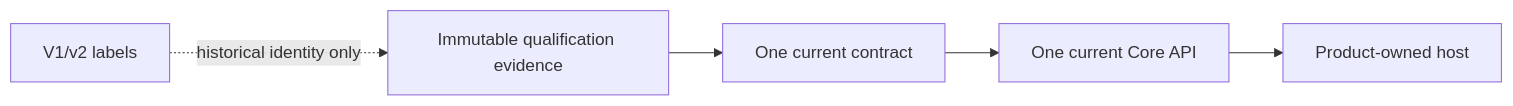
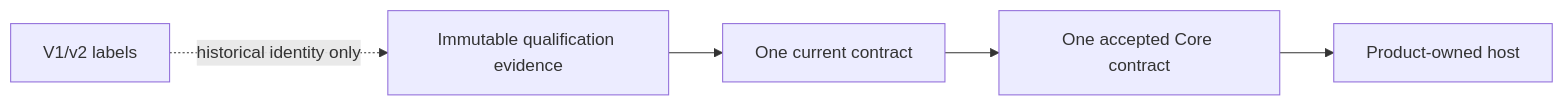
Before and after one commit to agent-teams-ai/get-modular: the diagram in docs/architecture/current-contract.md, drawn with Mermaid. The commit also changed other lines of this file and 2 other files, not shown here.

Commit message:
docs(architecture): clarify proposed API naming authority

````diff
--- a/docs/architecture/current-contract.md
+++ b/docs/architecture/current-contract.md
@@ -81,7 +82,7 @@
 ```mermaid
 flowchart LR
     Evidence["Immutable qualification evidence"] --> Contract["One current contract"]
-    Contract --> Core["One current Core API"]
+    Contract --> Core["One accepted Core contract"]
     Core --> Host["Product-owned host"]
     History["V1/v2 labels"] -. historical identity only .-> Evidence
 ```
````
